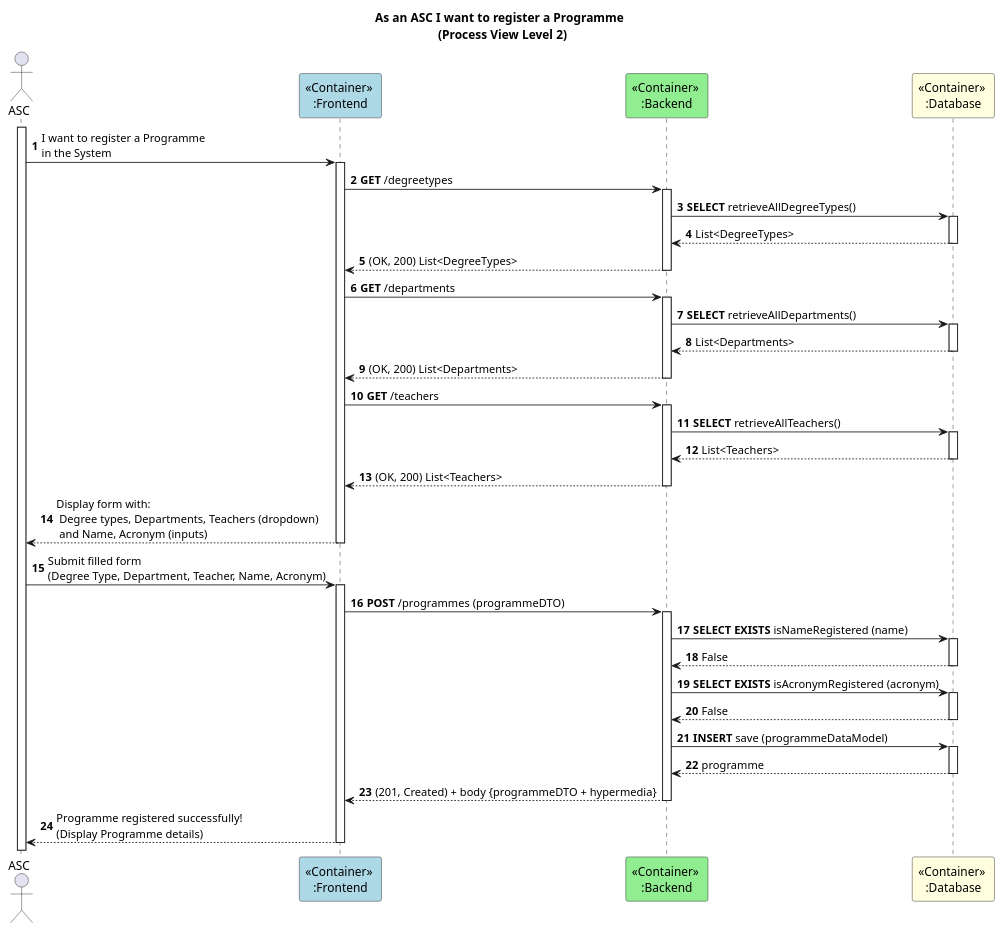
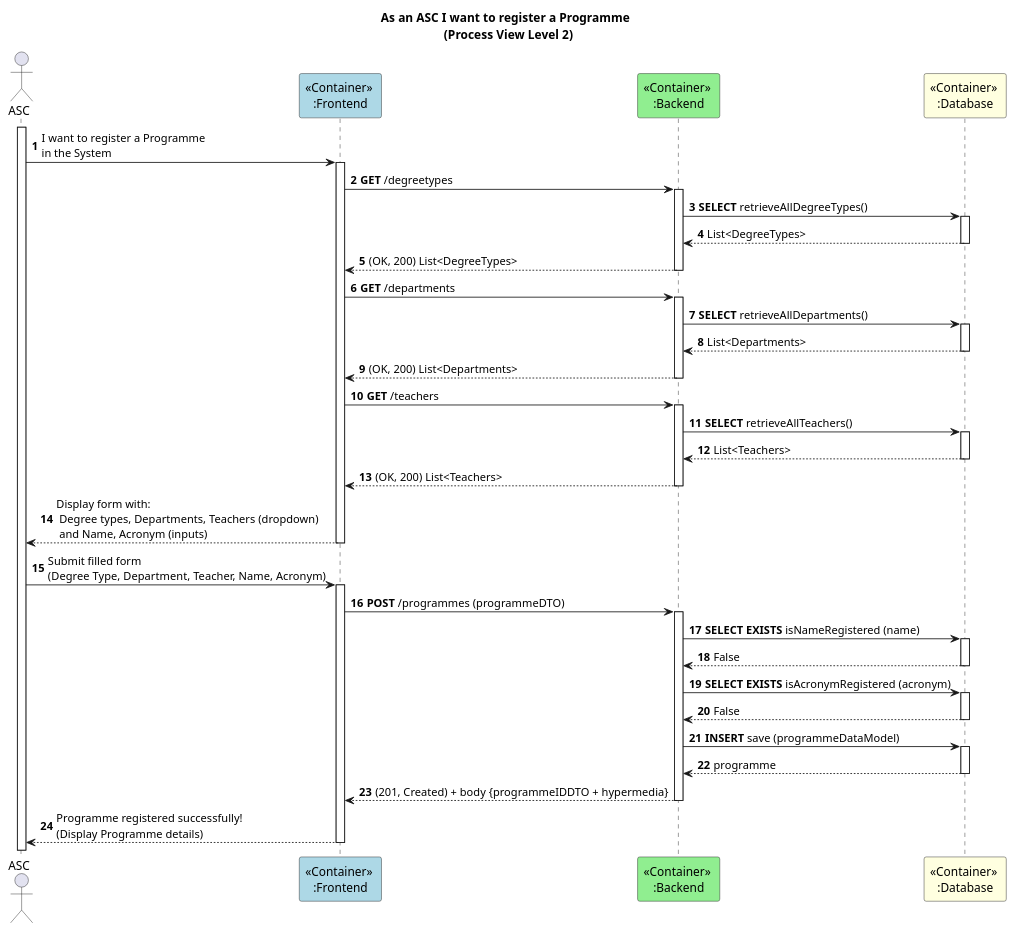
Before and after one commit to GasparISEP/DevOps-PAI: the diagram in docs/US31/ProcessView/Level2.puml, drawn with PlantUML. The commit also changed 3 other files, not shown here.

Commit message:
Ref #653: Update diagrams to reflect return of ProgrammeIDDTO with HATEOAS

```diff
--- a/docs/US31/ProcessView/Level2.puml
+++ b/docs/US31/ProcessView/Level2.puml
@@ -1,42 +1,42 @@
 @startuml
 
 autonumber
 
 title As an ASC I want to register a Programme \n (Process View Level 2)
 
 actor ASC as Admin
 participant "<<Container>> \n:Frontend" as FE #lightblue
 participant "<<Container>> \n:Backend" as BE #lightgreen
 participant "<<Container>> \n:Database" as BD #lightyellow
 
 activate Admin
 Admin -> FE ++: I want to register a Programme \nin the System
 FE -> BE ++: **GET** /degreetypes
 BE -> BD ++: **SELECT** retrieveAllDegreeTypes()
 BD --> BE --: List<DegreeTypes>
 BE --> FE --: (OK, 200) List<DegreeTypes>
 
 FE -> BE ++: **GET** /departments
 BE -> BD ++: **SELECT** retrieveAllDepartments()
 BD --> BE --: List<Departments>
 BE --> FE --: (OK, 200) List<Departments>
 
 
 FE -> BE ++: **GET** /teachers
 BE -> BD ++: **SELECT** retrieveAllTeachers()
 BD --> BE --: List<Teachers>
 BE --> FE --: (OK, 200) List<Teachers>
 FE --> Admin --: Display form with: \n Degree types, Departments, Teachers (dropdown) \n and Name, Acronym (inputs)
 
 Admin -> FE ++: Submit filled form \n(Degree Type, Department, Teacher, Name, Acronym)
 FE -> BE ++: **POST** /programmes (programmeDTO)
 BE -> BD ++: **SELECT EXISTS** isNameRegistered (name)
 BD --> BE --: False
 BE -> BD ++: **SELECT EXISTS** isAcronymRegistered (acronym)
 BD --> BE --: False
 BE -> BD ++: **INSERT** save (programmeDataModel)
 BD --> BE --: programme
-BE --> FE --: (201, Created) + body {programmeDTO + hypermedia}
+BE --> FE --: (201, Created) + body {programmeIDDTO + hypermedia}
 FE --> Admin --: Programme registered successfully! \n(Display Programme details)
 
 @enduml
```
